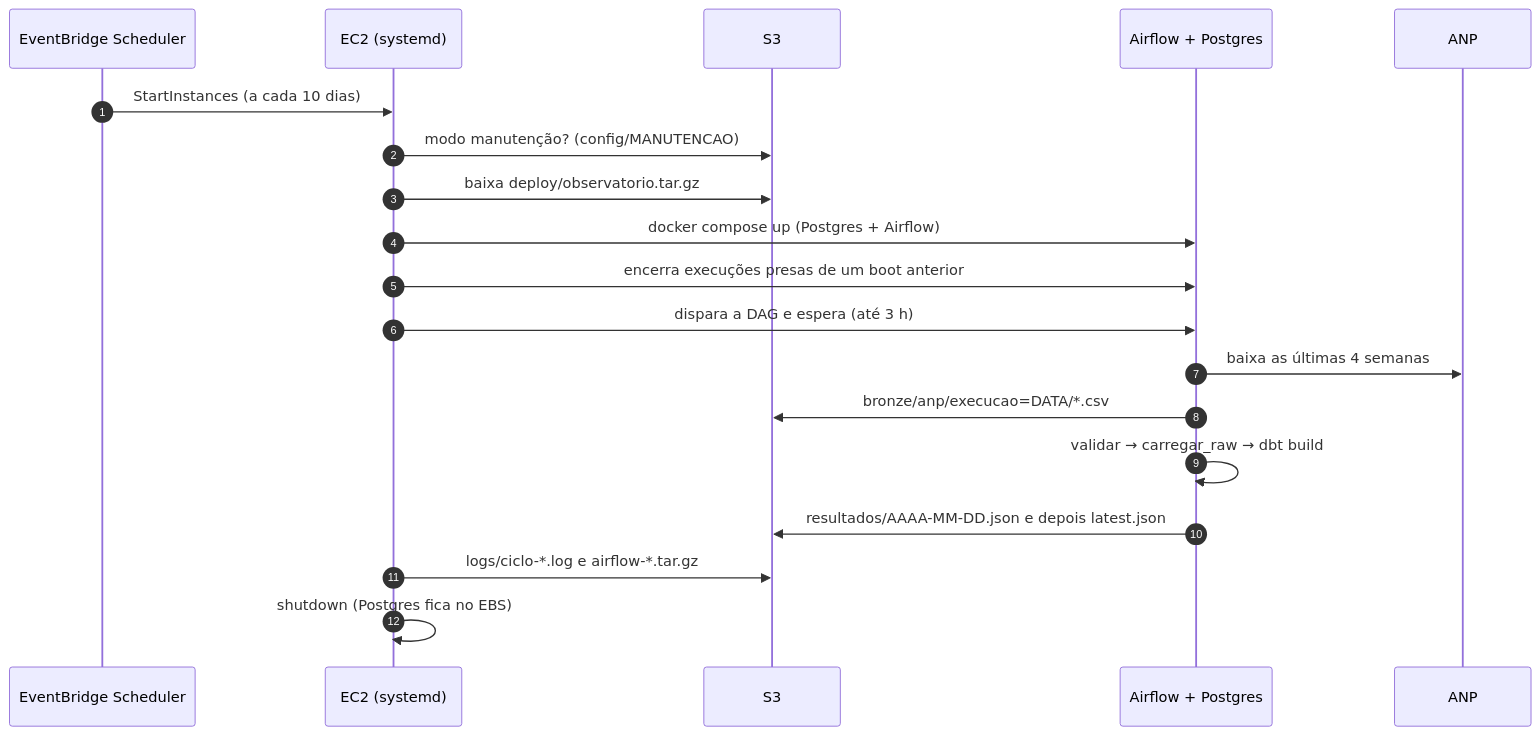
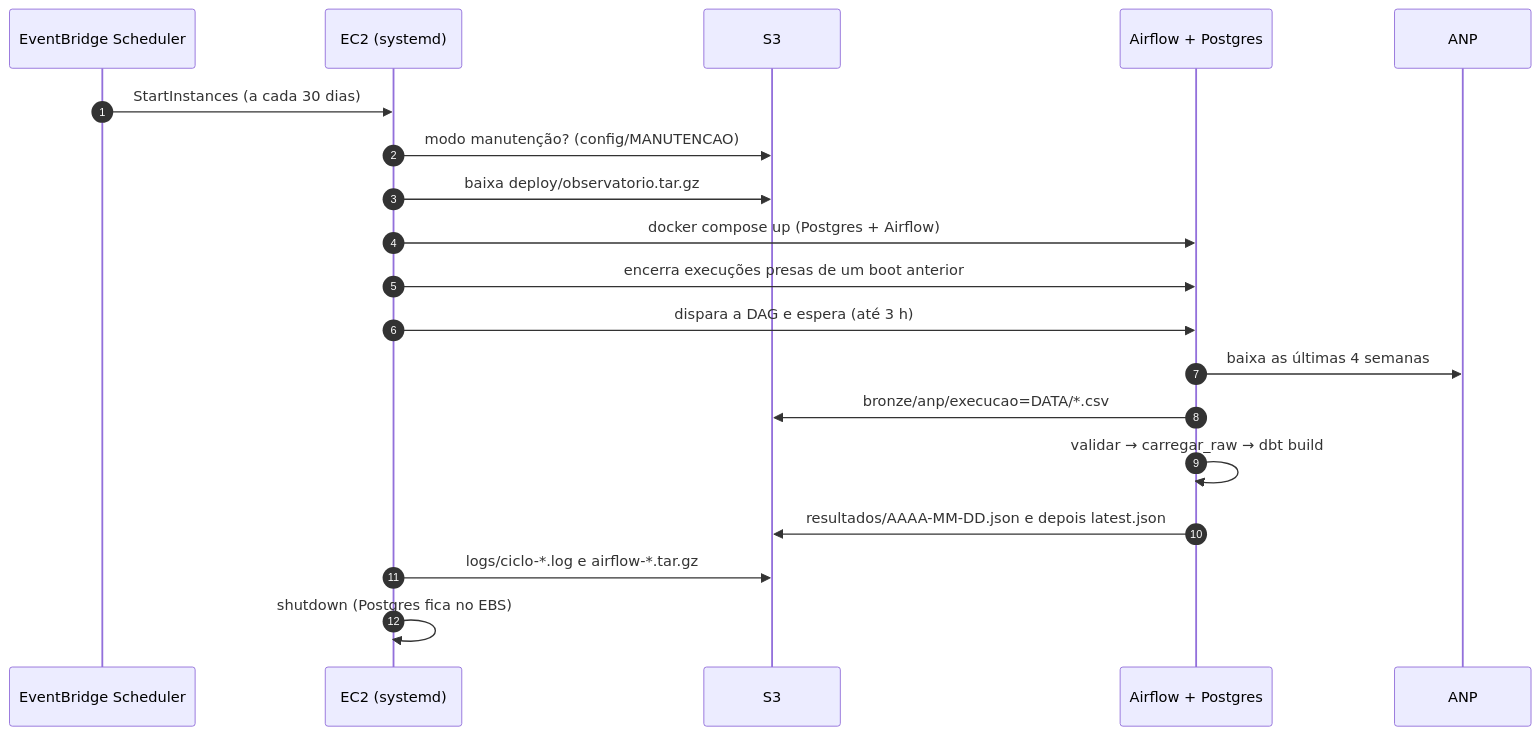
The second of 8 diagrams in README.md (Leandrodasilvahuber/observatorio-combustiveis), drawn with Mermaid before and after one commit. The commit also changed other lines of this file and 5 other files, not shown here.

First line of the commit message:
feat(infra): ciclo do pipeline a cada 30 dias

````diff
--- a/README.md
+++ b/README.md
@@ -97,22 +97,22 @@
 ```mermaid
 sequenceDiagram
     autonumber
     participant SCH as EventBridge Scheduler
     participant EC2 as EC2 (systemd)
     participant S3 as S3
     participant AF as Airflow + Postgres
     participant ANP as ANP
 
-    SCH->>EC2: StartInstances (a cada 10 dias)
+    SCH->>EC2: StartInstances (a cada 30 dias)
     EC2->>S3: modo manutenção? (config/MANUTENCAO)
     EC2->>S3: baixa deploy/observatorio.tar.gz
     EC2->>AF: docker compose up (Postgres + Airflow)
     EC2->>AF: encerra execuções presas de um boot anterior
     EC2->>AF: dispara a DAG e espera (até 3 h)
     AF->>ANP: baixa as últimas 4 semanas
     AF->>S3: bronze/anp/execucao=DATA/*.csv
     AF->>AF: validar → carregar_raw → dbt build
     AF->>S3: resultados/AAAA-MM-DD.json e depois latest.json
     EC2->>S3: logs/ciclo-*.log e airflow-*.tar.gz
     EC2->>EC2: shutdown (Postgres fica no EBS)
 ```
````
